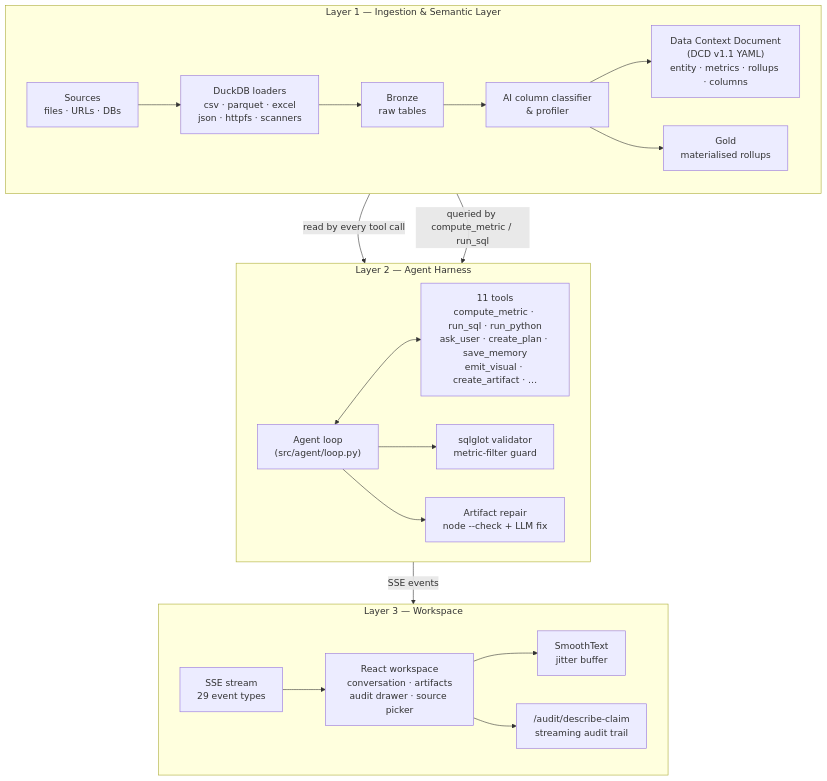
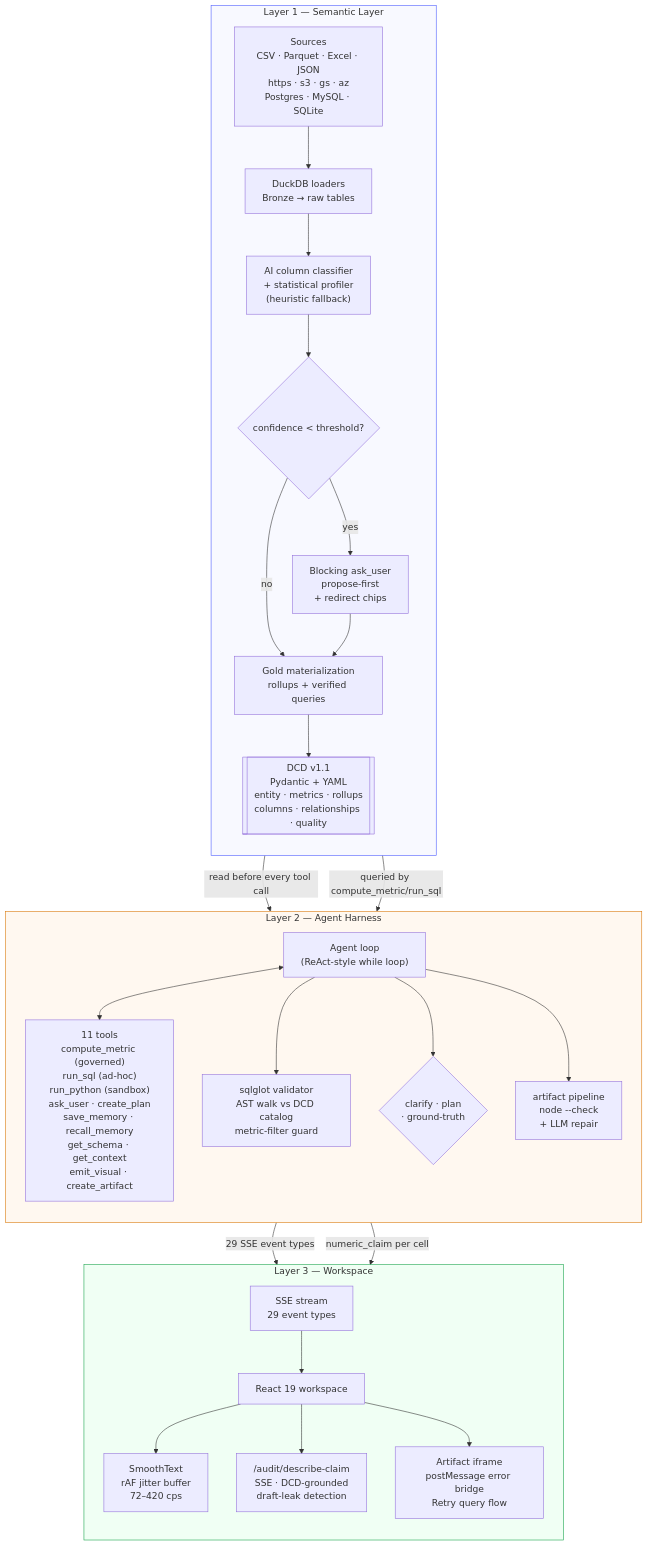
One commit to hitakshiA/Manthan changed the first of 7 diagrams in README.md. Above: the diagram before and after it, drawn with Mermaid. The commit also changed other lines of this file, not shown here.

First line of the commit message:
docs: rewrite README as technical document with competitive positioning

````diff
--- a/README.md
+++ b/README.md
@@ -40,30 +102,39 @@
 ```mermaid
 flowchart TB
-    subgraph L1["Layer 1 — Ingestion &amp; Semantic Layer"]
-        direction LR
-        SRC["Sources<br/>files · URLs · DBs"] --> LOAD["DuckDB loaders<br/>csv · parquet · excel<br/>json · httpfs · scanners"]
-        LOAD --> BRONZE["Bronze<br/>raw tables"]
-        BRONZE --> PROF["AI column classifier<br/>&amp; profiler"]
-        PROF --> DCD["Data Context Document<br/>(DCD v1.1 YAML)<br/>entity · metrics · rollups · columns"]
-        PROF --> GOLD["Gold<br/>materialised rollups"]
+    subgraph L1["Layer 1 — Semantic Layer"]
+        direction TB
+        SRC["Sources<br/>CSV · Parquet · Excel · JSON<br/>https · s3 · gs · az<br/>Postgres · MySQL · SQLite"] --> INGEST["DuckDB loaders<br/>Bronze → raw tables"]
+        INGEST --> PROFILE["AI column classifier<br/>+ statistical profiler<br/>(heuristic fallback)"]
+        PROFILE --> CLARIFY{"confidence &lt; threshold?"}
+        CLARIFY -->|"yes"| ASK["Blocking ask_user<br/>propose-first<br/>+ redirect chips"]
+        CLARIFY -->|"no"| MATERIALIZE
+        ASK --> MATERIALIZE["Gold materialization<br/>rollups + verified queries"]
+        MATERIALIZE --> DCD[["DCD v1.1<br/>Pydantic + YAML<br/>entity · metrics · rollups<br/>columns · relationships · quality"]]
     end
 
     subgraph L2["Layer 2 — Agent Harness"]
-        direction LR
-        LOOP["Agent loop<br/>(src/agent/loop.py)"]
-        LOOP <--> TOOLS["11 tools<br/>compute_metric · run_sql · run_python<br/>ask_user · create_plan · save_memory<br/>emit_visual · create_artifact · …"]
-        LOOP --> VALID["sqlglot validator<br/>metric-filter guard"]
-        LOOP --> REPAIR["Artifact repair<br/>node --check + LLM fix"]
+        direction TB
+        LOOP["Agent loop<br/>(ReAct-style while loop)"]
+        LOOP <--> TOOLS["11 tools<br/>compute_metric (governed)<br/>run_sql (ad-hoc)<br/>run_python (sandbox)<br/>ask_user · create_plan<br/>save_memory · recall_memory<br/>get_schema · get_context<br/>emit_visual · create_artifact"]
+        LOOP --> VAL["sqlglot validator<br/>AST walk vs DCD catalog<br/>metric-filter guard"]
+        LOOP --> GATES{"clarify · plan<br/>· ground-truth"}
+        LOOP --> REPAIR["artifact pipeline<br/>node --check<br/>+ LLM repair"]
     end
 
     subgraph L3["Layer 3 — Workspace"]
-        direction LR
-        SSE["SSE stream<br/>29 event types"] --> REACT["React workspace<br/>conversation · artifacts<br/>audit drawer · source picker"]
-        REACT --> SMOOTH["SmoothText<br/>jitter buffer"]
-        REACT --> AUDIT["/audit/describe-claim<br/>streaming audit trail"]
+        direction TB
+        SSE["SSE stream<br/>29 event types"] --> REACT["React 19 workspace"]
+        REACT --> SMOOTH["SmoothText<br/>rAF jitter buffer<br/>72–420 cps"]
+        REACT --> DRAWER["/audit/describe-claim<br/>SSE · DCD-grounded<br/>draft-leak detection"]
+        REACT --> ARTI["Artifact iframe<br/>postMessage error bridge<br/>Retry query flow"]
     end
 
-    DCD -->|"read by every tool call"| LOOP
-    GOLD -->|"queried by compute_metric / run_sql"| LOOP
-    LOOP -->|"SSE events"| SSE
+    DCD -->|"read before every tool call"| LOOP
+    MATERIALIZE -->|"queried by compute_metric/run_sql"| LOOP
+    LOOP -->|"29 SSE event types"| SSE
+    LOOP -->|"numeric_claim per cell"| DRAWER
+
+    style L1 fill:#f8f9ff,stroke:#4a5aff
+    style L2 fill:#fff8f0,stroke:#d97706
+    style L3 fill:#f0fff4,stroke:#16a34a
 ```
````
